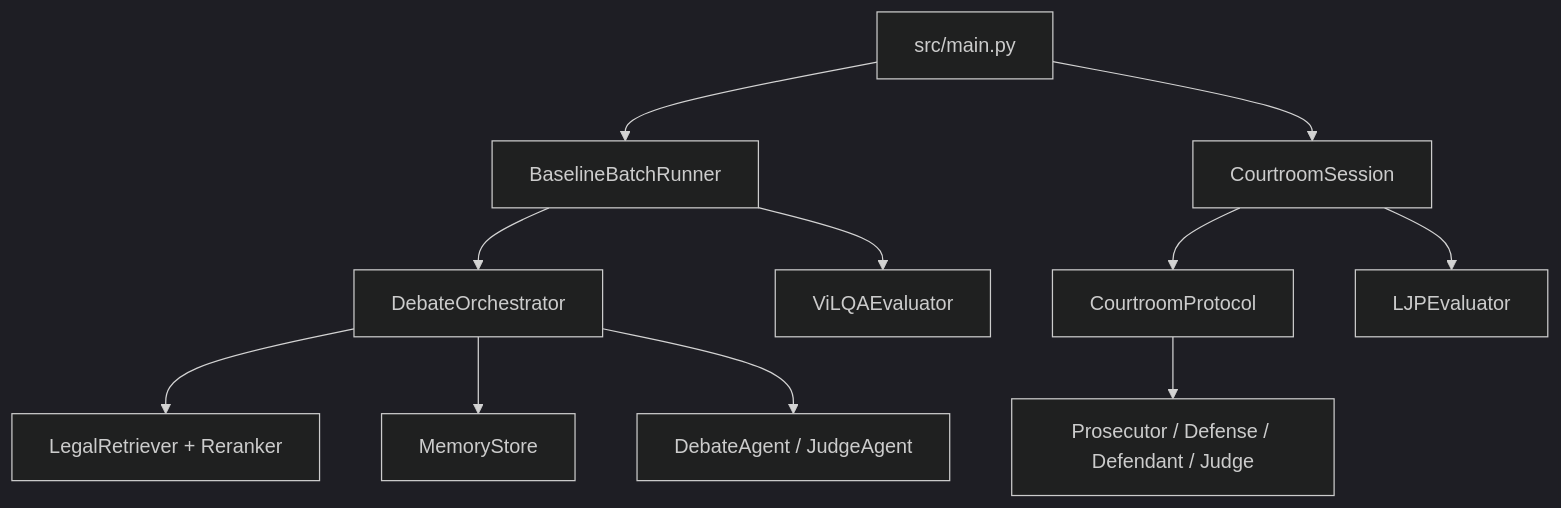
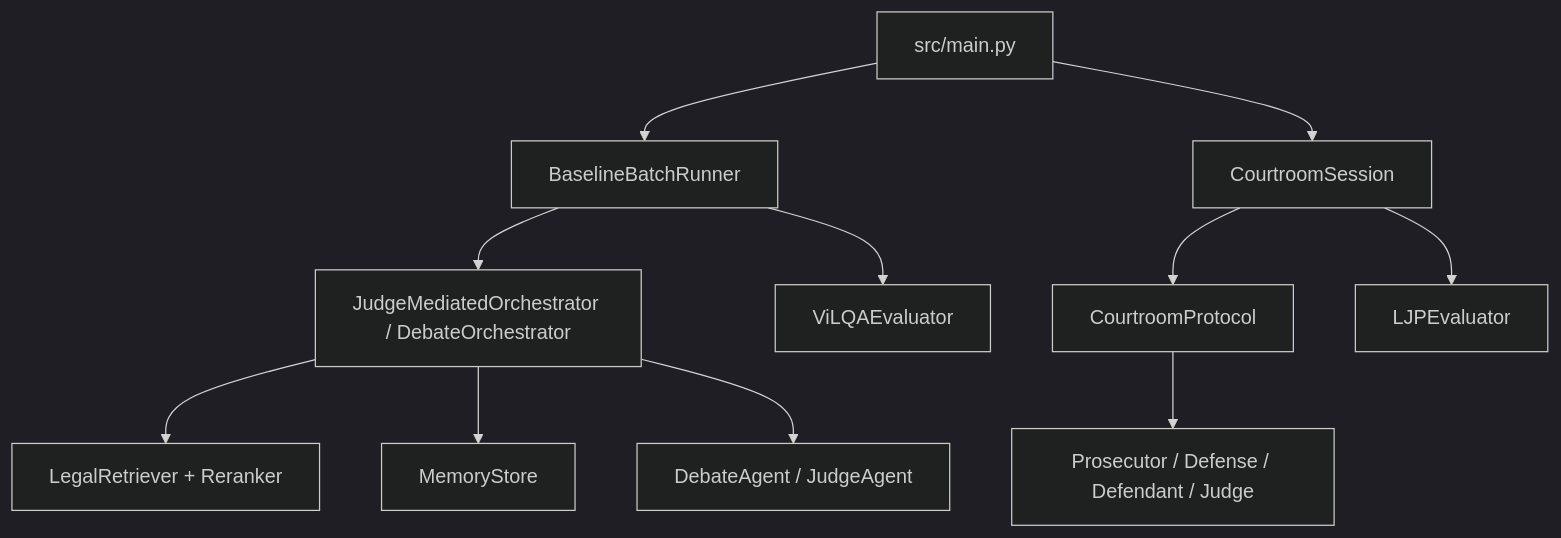
Before and after one commit to JulianNguyen1610/CourtSimulation: the diagram in docs/project-status-and-overview.md, drawn with Mermaid (dark theme). The commit also changed other lines of this file and 30 other files, not shown here.

````diff
--- a/docs/project-status-and-overview.md
+++ b/docs/project-status-and-overview.md
@@ -66,13 +66,13 @@
 ```mermaid
 flowchart TD
     CLI[src/main.py] --> P1[BaselineBatchRunner]
     CLI --> Court[CourtroomSession]
-    P1 --> Orch[DebateOrchestrator]
+    P1 --> Orch[JudgeMediatedOrchestrator / DebateOrchestrator]
     Court --> Proto[CourtroomProtocol]
     Orch --> Ret[LegalRetriever + Reranker]
     Orch --> Mem[MemoryStore]
     Orch --> Agents[DebateAgent / JudgeAgent]
     Proto --> LegalAgents[Prosecutor / Defense / Defendant / Judge]
     P1 --> Eval[ViLQAEvaluator]
     Court --> LJPEval[LJPEvaluator]
 ```
````
